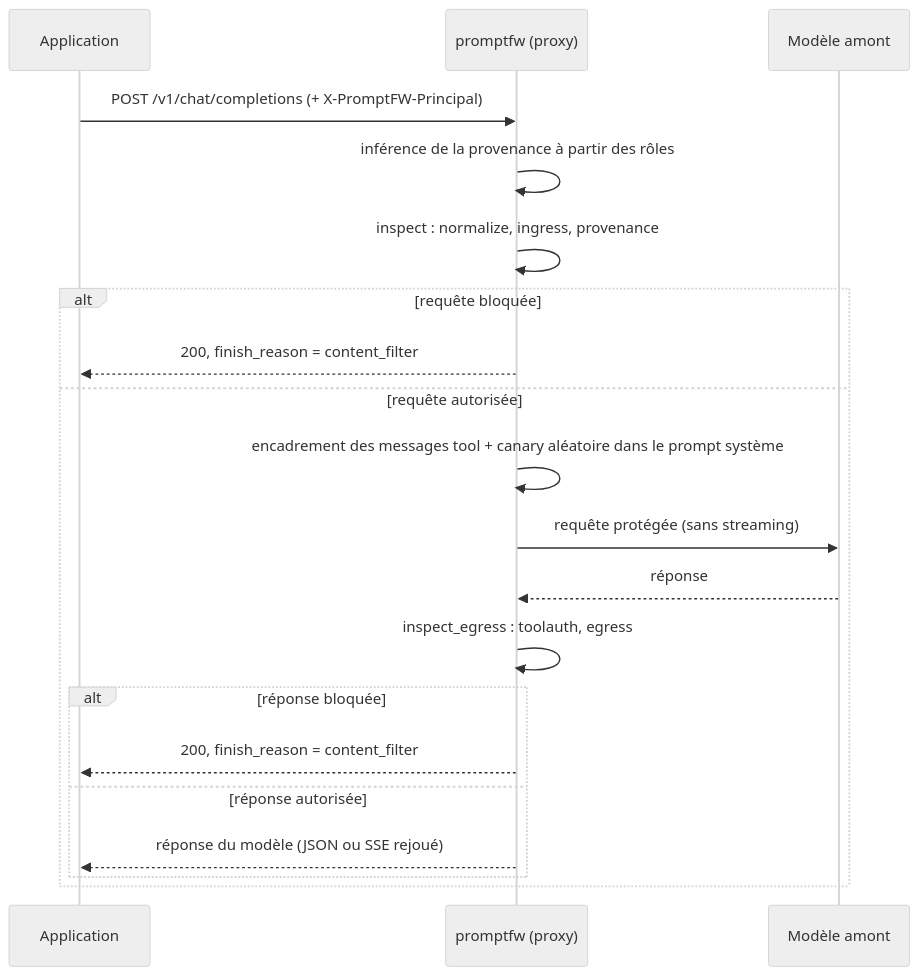
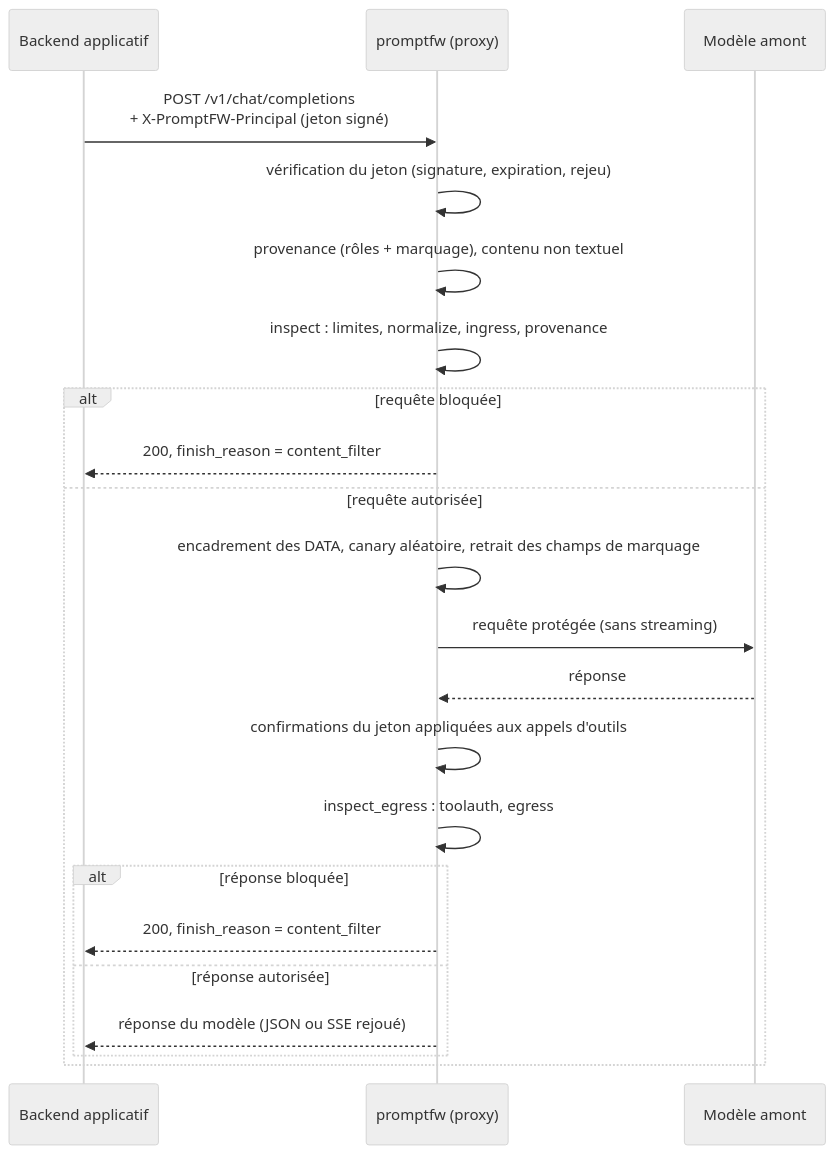
One commit to nassim7792/llm-prompt-firewall changed the fifth of 5 diagrams in README.md. Above: the diagram before and after it, drawn with Mermaid (neutral theme). The commit also changed other lines of this file and 3 other files, not shown here.

````diff
--- a/README.md
+++ b/README.md
@@ -456,23 +598,25 @@
 ```mermaid
 sequenceDiagram
-    participant App as Application
+    participant App as Backend applicatif
     participant FW as promptfw (proxy)
     participant LLM as Modèle amont
 
-    App->>FW: POST /v1/chat/completions (+ X-PromptFW-Principal)
-    FW->>FW: inférence de la provenance à partir des rôles
-    FW->>FW: inspect : normalize, ingress, provenance
+    App->>FW: POST /v1/chat/completions<br/>+ X-PromptFW-Principal (jeton signé)
+    FW->>FW: vérification du jeton (signature, expiration, rejeu)
+    FW->>FW: provenance (rôles + marquage), contenu non textuel
+    FW->>FW: inspect : limites, normalize, ingress, provenance
     alt requête bloquée
         FW-->>App: 200, finish_reason = content_filter
     else requête autorisée
-        FW->>FW: encadrement des messages tool + canary aléatoire dans le prompt système
+        FW->>FW: encadrement des DATA, canary aléatoire, retrait des champs de marquage
         FW->>LLM: requête protégée (sans streaming)
         LLM-->>FW: réponse
+        FW->>FW: confirmations du jeton appliquées aux appels d'outils
         FW->>FW: inspect_egress : toolauth, egress
         alt réponse bloquée
             FW-->>App: 200, finish_reason = content_filter
         else réponse autorisée
             FW-->>App: réponse du modèle (JSON ou SSE rejoué)
         end
     end
 ```
````
